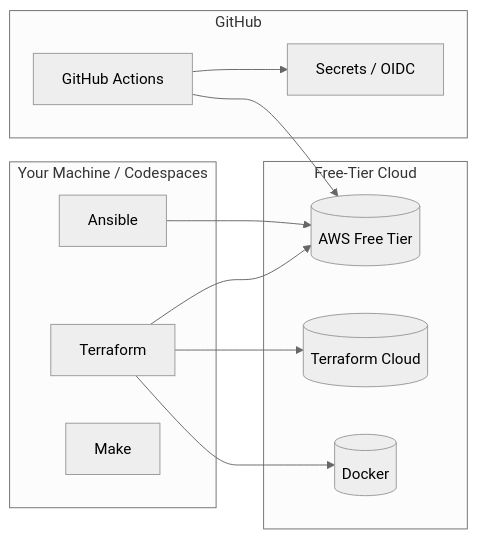
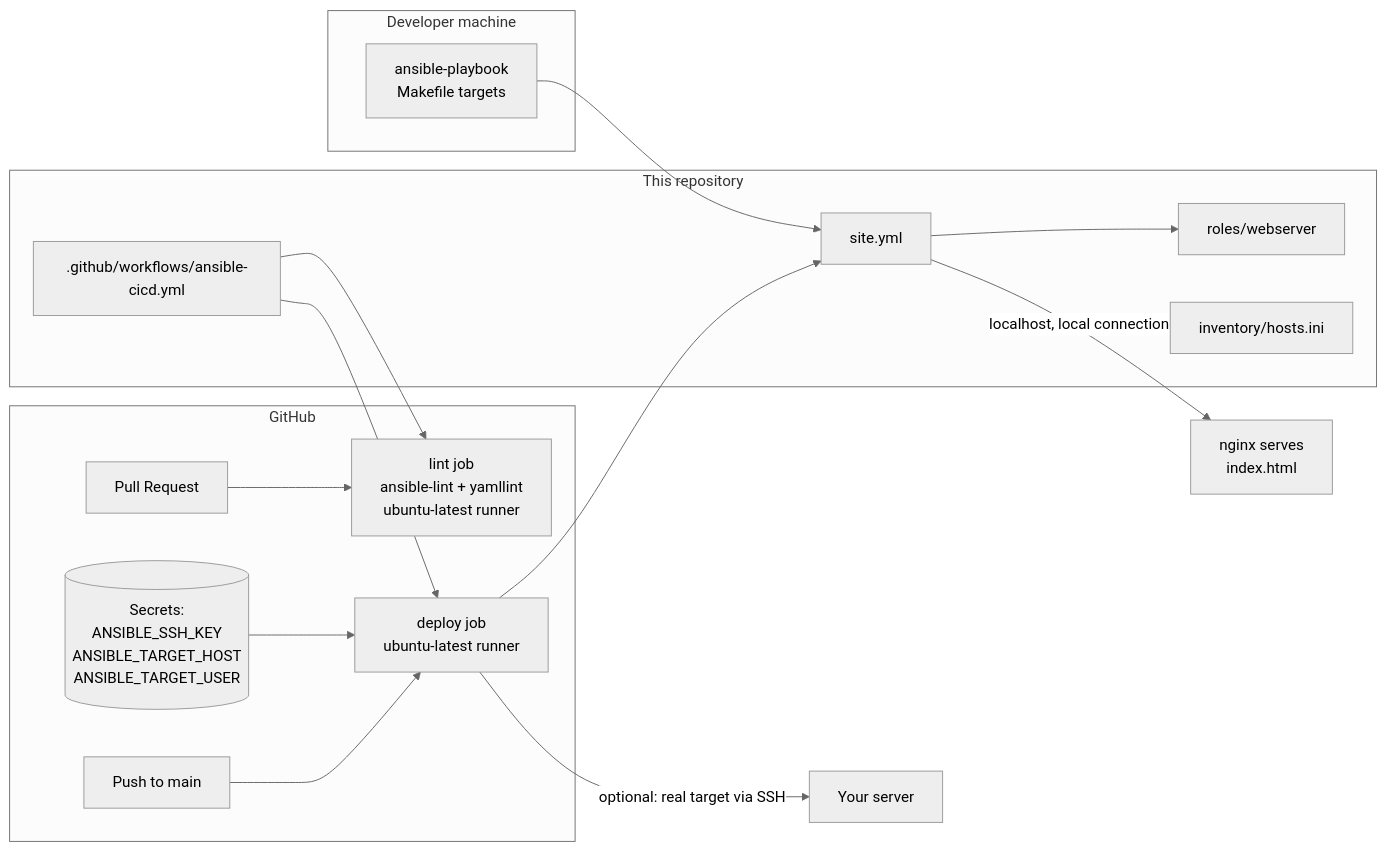
Before and after one commit to ayoub1elh/devops-labs-terraform-ansible: the diagram in README.md, drawn with Mermaid (neutral theme). The commit also changed other lines of this file, not shown here.

Commit message:
docs: add README with objectives, steps, and verification for lab-16-ansible-cicd

````diff
--- a/README.md
+++ b/README.md
@@ -82,23 +25,23 @@
 ```mermaid
 flowchart LR
-    subgraph Local["Your Machine / Codespaces"]
-        TF[Terraform]
-        AN[Ansible]
-        MK[Make]
+    subgraph Developer["Developer machine"]
+        DEV[ansible-playbook\nMakefile targets]
     end
     subgraph GitHub["GitHub"]
-        GA[GitHub Actions]
-        SEC[Secrets / OIDC]
+        PR[Pull Request] --> LINT[lint job\nansible-lint + yamllint\nubuntu-latest runner]
+        PUSH[Push to main] --> DEPLOY[deploy job\nubuntu-latest runner]
+        SECRETS[(Secrets:\nANSIBLE_SSH_KEY\nANSIBLE_TARGET_HOST\nANSIBLE_TARGET_USER)]
     end
-    subgraph Cloud["Free-Tier Cloud"]
-        AWS[(AWS Free Tier)]
-        TFC[(Terraform Cloud)]
-        DK[(Docker)]
+    subgraph Repo["This repository"]
+        PB[site.yml] --> ROLE[roles/webserver]
+        INV[inventory/hosts.ini]
+        WF[.github/workflows/ansible-cicd.yml]
     end
-    TF --> DK
-    TF --> AWS
-    TF --> TFC
-    AN --> AWS
-    GA --> SEC
-    GA --> AWS
+    DEPLOY --> PB
+    WF --> LINT
+    WF --> DEPLOY
+    SECRETS --> DEPLOY
+    DEV --> PB
+    PB -->|localhost, local connection| NGINX[nginx serves\nindex.html]
+    DEPLOY -->|optional: real target via SSH| REAL[Your server]
 ```
````
